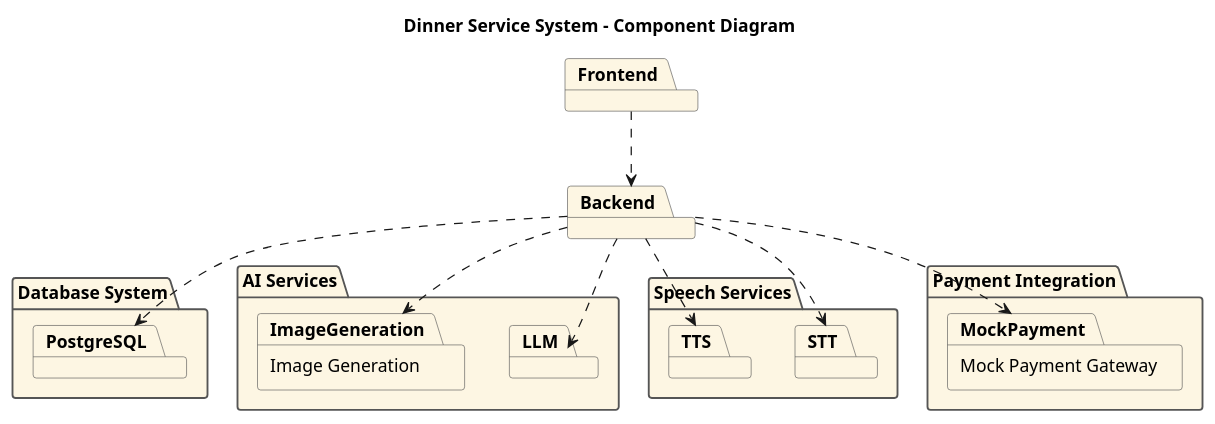
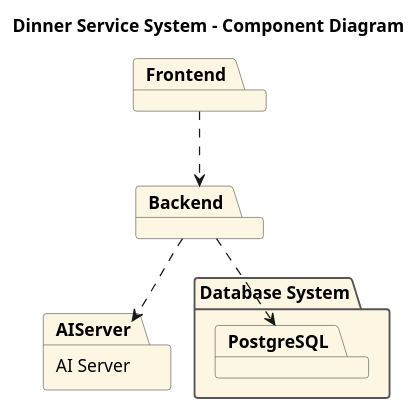
The diagram in SWE_Diagram/component_diagrams/level_1/system_component.puml (UOS2025SWE/MrDaebak), drawn with PlantUML before and after one commit. The commit also changed 26 other files, not shown here.

Commit message:
산출물 다이어그램 및 설명 최종

```diff
--- a/SWE_Diagram/component_diagrams/level_1/system_component.puml
+++ b/SWE_Diagram/component_diagrams/level_1/system_component.puml
@@ -1,44 +1,29 @@
 @startuml
 title "Dinner Service System - Component Diagram"
 
 skinparam defaultFontName "Malgun Gothic"
 skinparam shadowing false
 skinparam package {
   BackgroundColor #FDF6E3
   BorderColor #555
 }
 
 package "Frontend" as Frontend {
 }
 
 package "Backend" as Backend {
 }
 
 package "Database System" as DatabaseSys {
   package "PostgreSQL" as PostgreSQL
 }
 
-package "AI Services" as AISys {
-  package "LLM" as LLM
-  package "Image Generation" as ImageGeneration
-}
-
-package "Speech Services" as SpeechSys {
-  package "STT" as STT
-  package "TTS" as TTS
-}
-
-package "Payment Integration" as PaymentSys {
-  package "Mock Payment Gateway" as MockPayment
+package "AI Server" as AIServer {
 }
 
 Frontend ..> Backend
 
 Backend ..> PostgreSQL
-Backend ..> LLM
-Backend ..> ImageGeneration
-Backend ..> STT
-Backend ..> TTS
-Backend ..> MockPayment
+Backend ..> AIServer
 
 @enduml
```
